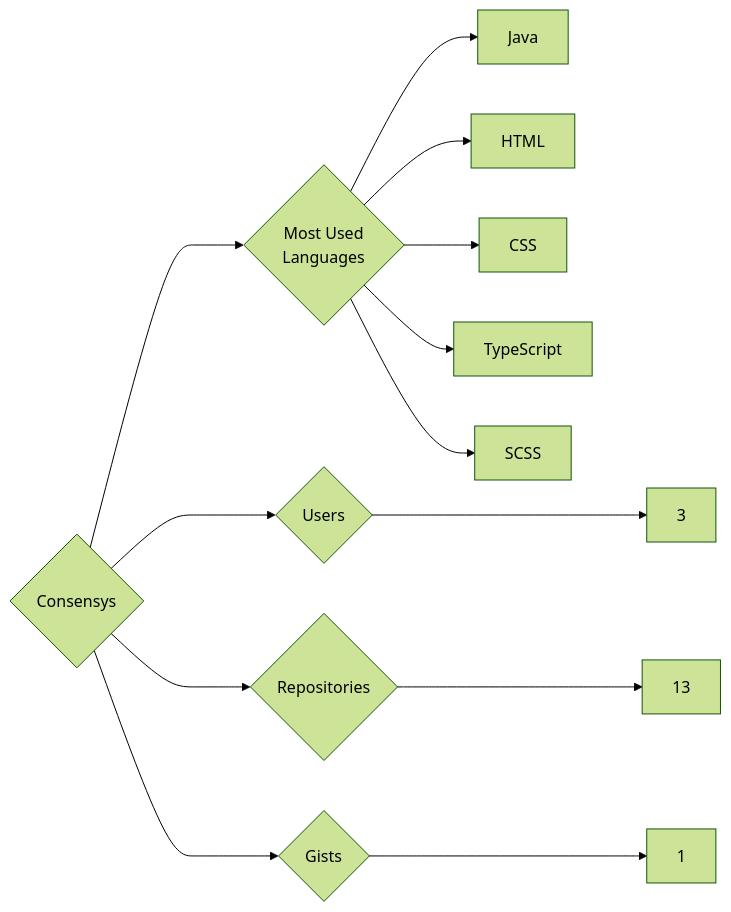
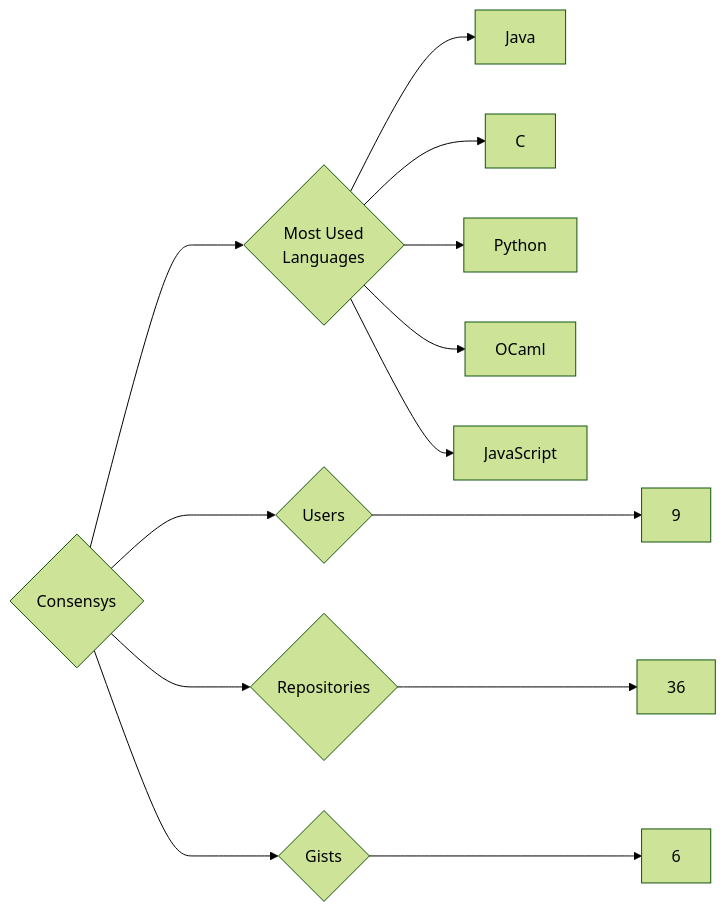
The diagram in targets/Consensys/README.md (trickest/insiders), drawn with Mermaid (forest theme) before and after one commit. The commit also changed 1170 other files, not shown here.

````diff
--- a/targets/Consensys/README.md
+++ b/targets/Consensys/README.md
@@ -3,13 +3,13 @@
 ```mermaid
 graph LR
 COMPANY_NAME{Consensys}
-COMPANY_NAME ---> U{Users} ---> UN[3]
-COMPANY_NAME ---> R{Repositories} ---> RN[13]
-COMPANY_NAME ---> G{Gists} ---> GN[1]
+COMPANY_NAME ---> U{Users} ---> UN[9]
+COMPANY_NAME ---> R{Repositories} ---> RN[36]
+COMPANY_NAME ---> G{Gists} ---> GN[6]
 COMPANY_NAME ---> ML{Most Used<br>Languages}
 ML --> Java[Java]
-ML --> HTML[HTML]
-ML --> CSS[CSS]
-ML --> TypeScript[TypeScript]
-ML --> SCSS[SCSS]
+ML --> C[C]
+ML --> Python[Python]
+ML --> OCaml[OCaml]
+ML --> JavaScript[JavaScript]
 ```
````
